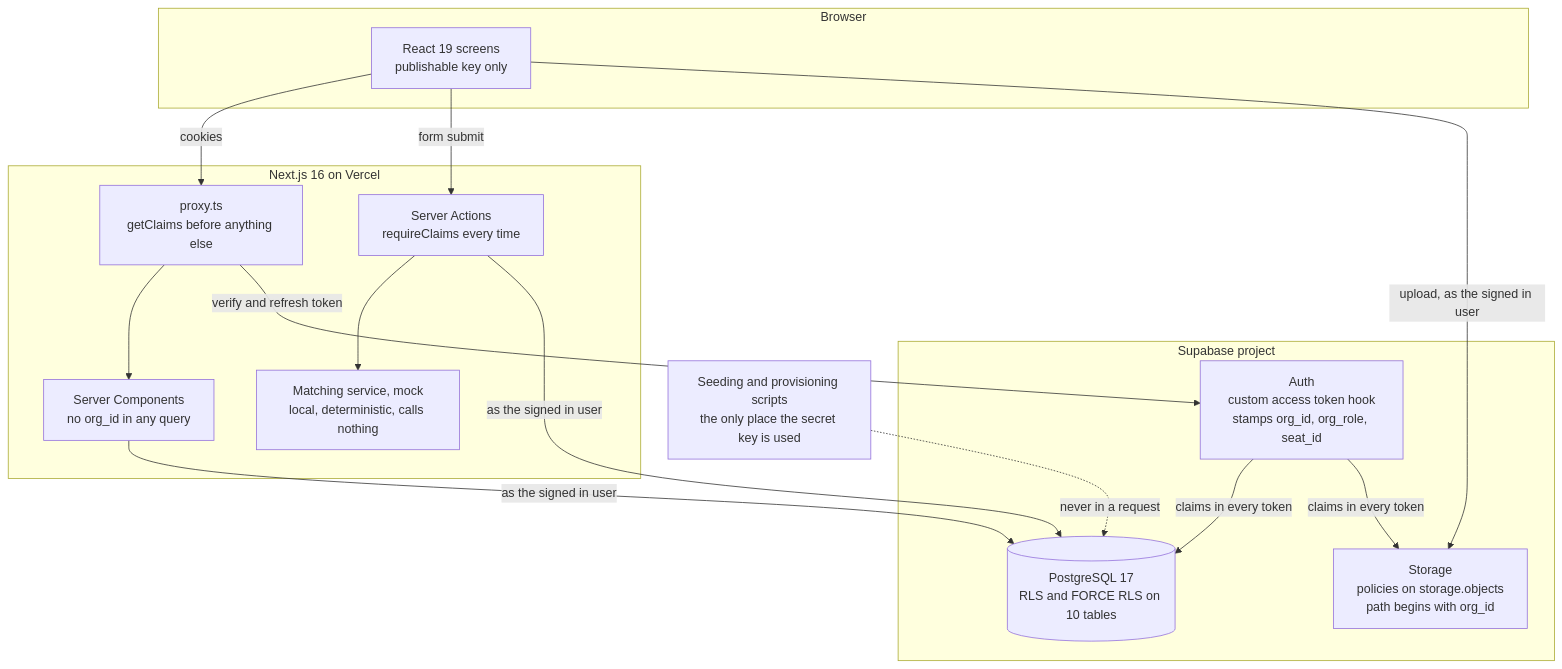
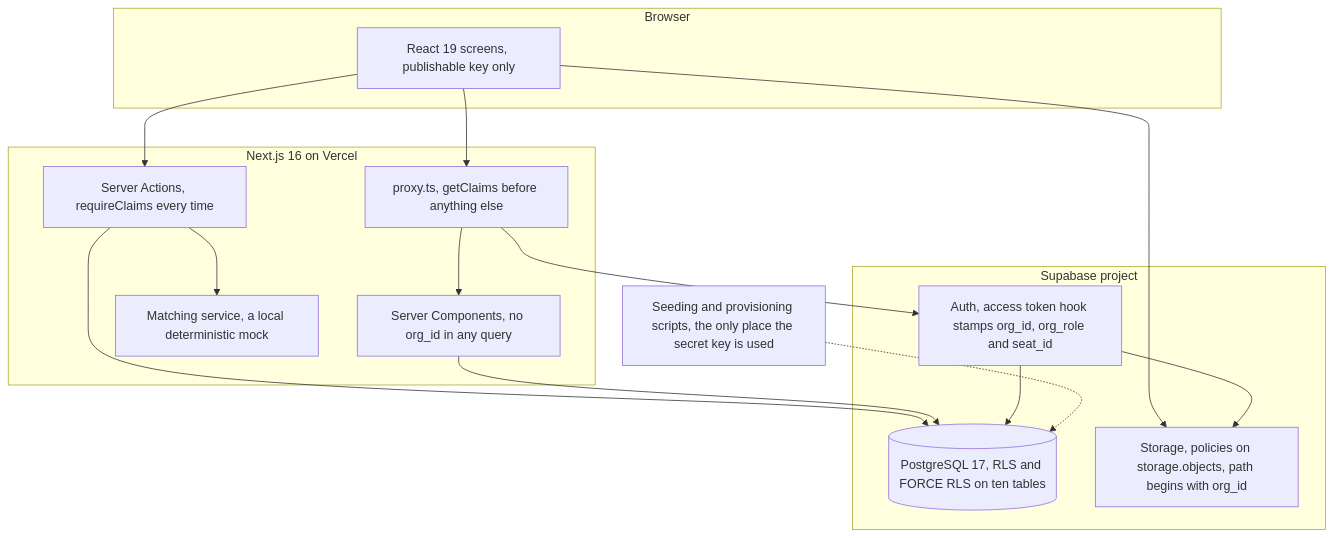
One commit to Mudassar-sys/lo-portal changed the diagram in README.md. Above: the diagram before and after it, drawn with Mermaid. The commit also changed other lines of this file and 6 other files, not shown here.

First line of the commit message:
Render the architecture diagram ahead of time, and fix its source

````diff
--- a/README.md
+++ b/README.md
@@ -54,32 +72,33 @@
 ```mermaid
 flowchart TB
     subgraph browser["Browser"]
-        ui["React 19 screens<br/>publishable key only"]
+        ui["React 19 screens, publishable key only"]
     end
 
     subgraph vercel["Next.js 16 on Vercel"]
-        proxy["proxy.ts<br/>getClaims before anything else"]
-        rsc["Server Components<br/>no org_id in any query"]
-        actions["Server Actions<br/>requireClaims every time"]
-        mock["Matching service, mock<br/>local, deterministic, calls nothing"]
+        proxy["proxy.ts, getClaims before anything else"]
+        rsc["Server Components, no org_id in any query"]
+        actions["Server Actions, requireClaims every time"]
+        mock["Matching service, a local deterministic mock"]
     end
 
     subgraph supabase["Supabase project"]
-        auth["Auth<br/>custom access token hook<br/>stamps org_id, org_role, seat_id"]
-        db[("PostgreSQL 17<br/>RLS and FORCE RLS on 10 tables")]
-        storage["Storage<br/>policies on storage.objects<br/>path begins with org_id"]
+        auth["Auth, access token hook stamps org_id, org_role and seat_id"]
+        db[("PostgreSQL 17, RLS and FORCE RLS on ten tables")]
+        storage["Storage, policies on storage.objects, path begins with org_id"]
     end
 
-    ui -->|cookies| proxy
+    seed["Seeding and provisioning scripts, the only place the secret key is used"]
+
+    ui --> proxy
+    ui --> actions
+    ui --> storage
     proxy --> rsc
-    ui -->|form submit| actions
+    proxy --> auth
     actions --> mock
-    proxy -->|verify and refresh token| auth
-    rsc -->|as the signed in user| db
-    actions -->|as the signed in user| db
-    ui -->|upload, as the signed in user| storage
-    auth -->|claims in every token| db
-    auth -->|claims in every token| storage
-
-    seed["Seeding and provisioning scripts<br/>the only place the secret key is used"] -.->|never in a request| db
+    actions --> db
+    rsc --> db
+    auth --> db
+    auth --> storage
+    seed -.-> db
 ```
````
